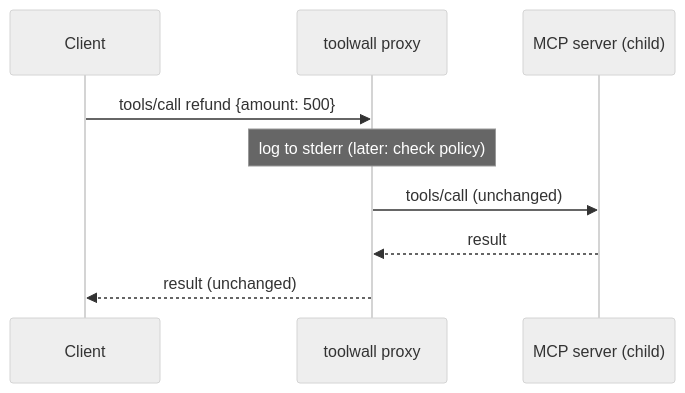
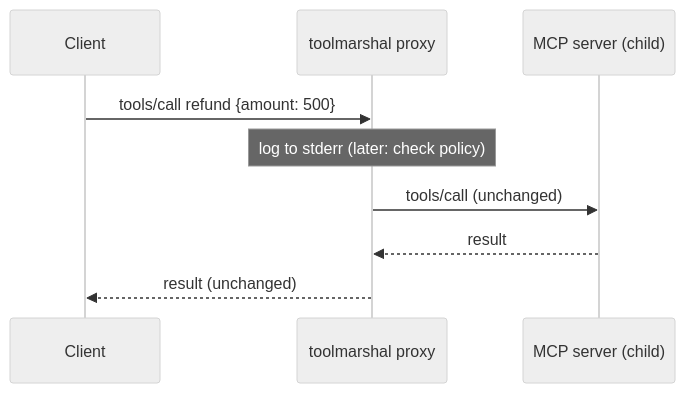
The second of 3 diagrams in learn/01-mcp-message-flow.md (thirumal1206/toolmarshal), drawn with Mermaid (neutral theme) before and after one commit. The commit also changed other lines of this file and 19 other files, not shown here.

````diff
--- a/learn/01-mcp-message-flow.md
+++ b/learn/01-mcp-message-flow.md
@@ -24,11 +24,11 @@
 ```mermaid
 sequenceDiagram
     participant C as Client
-    participant T as toolwall proxy
+    participant T as toolmarshal proxy
     participant S as MCP server (child)
     C->>T: tools/call refund {amount: 500}
     Note over T: log to stderr (later: check policy)
     T->>S: tools/call (unchanged)
     S-->>T: result
     T-->>C: result (unchanged)
 ```
````
